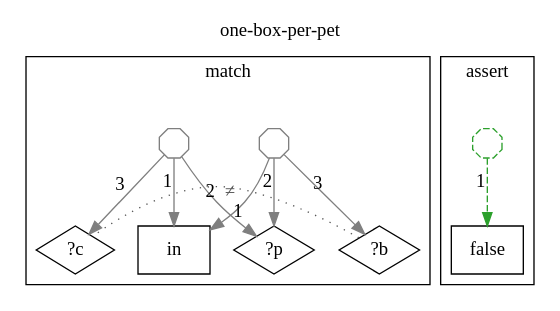
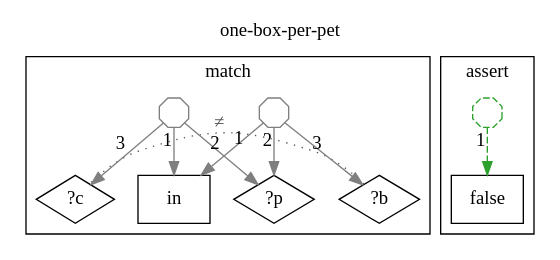
Before and after one commit to agutikov/ein: the diagram in docs/ein/user/03-syntax-and-semantics/diagrams/06-rule-one-box-per-pet.dot, drawn with Graphviz. The commit also changed 102 other files, not shown here.

```diff
--- a/docs/ein/user/03-syntax-and-semantics/diagrams/06-rule-one-box-per-pet.dot
+++ b/docs/ein/user/03-syntax-and-semantics/diagrams/06-rule-one-box-per-pet.dot
@@ -1,24 +1,24 @@
 digraph rule_one_box_per_pet_lhs_rhs {
   rankdir=TB;
   label="one-box-per-pet"; labelloc=t;
   subgraph cluster_lhs { label="match";
     "in_L" [label="in", shape=box];
     "?p_L" [label="?p", shape=diamond];
     "?b_L" [label="?b", shape=diamond];
     "?c_L" [label="?c", shape=diamond];
     "h1_in_L" [shape=octagon, label="", width=0.3, height=0.3, fixedsize=true, color="#7f7f7f"];
     "h1_in_L" -> "in_L" [xlabel="1", color="#7f7f7f"];
     "h1_in_L" -> "?p_L" [xlabel="2", color="#7f7f7f"];
     "h1_in_L" -> "?b_L" [xlabel="3", color="#7f7f7f"];
     "h2_in_L" [shape=octagon, label="", width=0.3, height=0.3, fixedsize=true, color="#7f7f7f"];
     "h2_in_L" -> "in_L" [xlabel="1", color="#7f7f7f"];
     "h2_in_L" -> "?p_L" [xlabel="2", color="#7f7f7f"];
     "h2_in_L" -> "?c_L" [xlabel="3", color="#7f7f7f"];
-    "?b_L" -> "?c_L" [label="≠", dir=none, style=dotted, color="#555555", fontcolor="#555555", constraint=false];
+    "?b_L" -> "?c_L" [xlabel="≠", dir=none, style=dotted, color="#555555", fontcolor="#555555", constraint=false];
   }
   subgraph cluster_rhs { label="assert";
     "false_R" [label="false", shape=box];
     "h3_false_R" [shape=octagon, label="", width=0.3, height=0.3, fixedsize=true, color="#2ca02c", style=dashed];
     "h3_false_R" -> "false_R" [xlabel="1", color="#2ca02c", style=dashed];
   }
 }
```
